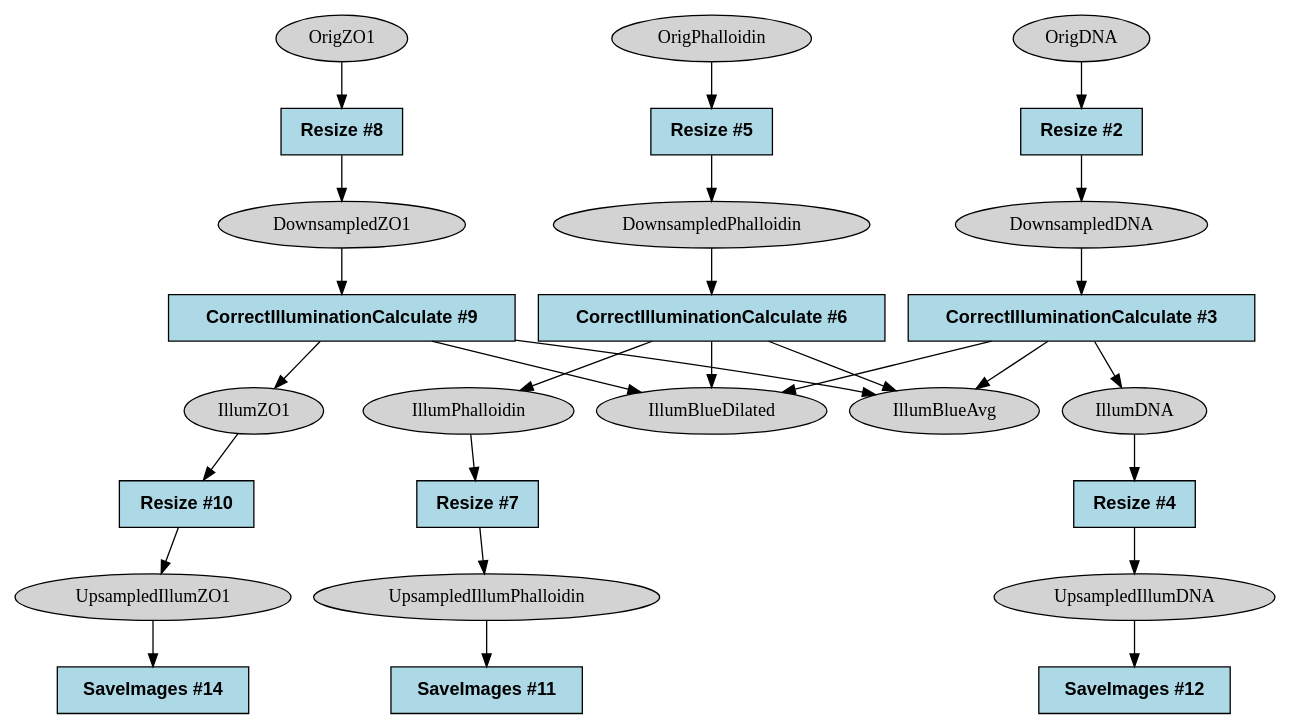
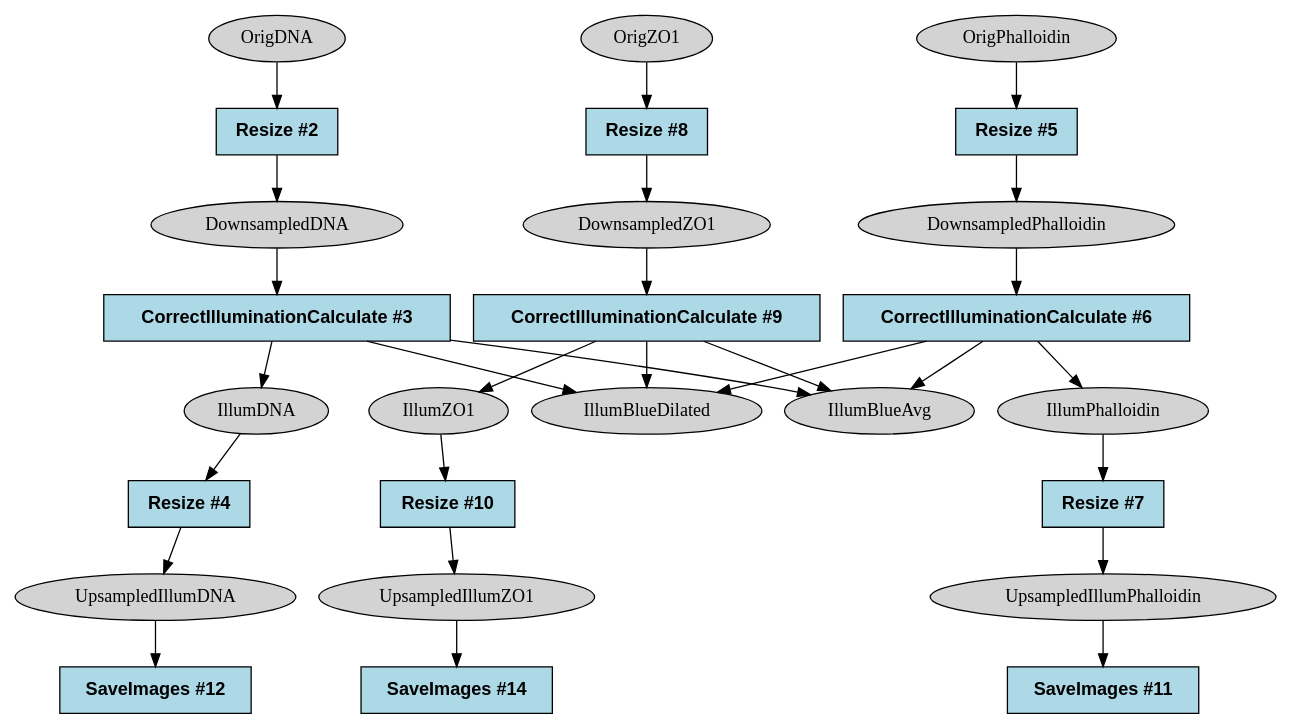
The diagram in docs/tester/assets/pcpip-pipelines/_ref_graph_format/dot/ref_1_CP_Illum.dot (broadinstitute/starrynight), drawn with Graphviz before and after one commit. The commit also changed 19 other files, not shown here.

```diff
--- a/docs/tester/assets/pcpip-pipelines/_ref_graph_format/dot/ref_1_CP_Illum.dot
+++ b/docs/tester/assets/pcpip-pipelines/_ref_graph_format/dot/ref_1_CP_Illum.dot
@@ -1,55 +1,55 @@
 strict digraph {
-CorrectIlluminationCalculate_33f5e1db [type=module, label="CorrectIlluminationCalculate #3", module_name=CorrectIlluminationCalculate, module_num=3, original_num=3, stable_id="CorrectIlluminationCalculate_33f5e1db", enabled=True, shape=box, style=filled, fillcolor=lightblue, fontname="Helvetica-Bold"];
-CorrectIlluminationCalculate_a8748183 [type=module, label="CorrectIlluminationCalculate #9", module_name=CorrectIlluminationCalculate, module_num=9, original_num=9, stable_id="CorrectIlluminationCalculate_a8748183", enabled=True, shape=box, style=filled, fillcolor=lightblue, fontname="Helvetica-Bold"];
-CorrectIlluminationCalculate_f1a1c27f [type=module, label="CorrectIlluminationCalculate #6", module_name=CorrectIlluminationCalculate, module_num=6, original_num=6, stable_id="CorrectIlluminationCalculate_f1a1c27f", enabled=True, shape=box, style=filled, fillcolor=lightblue, fontname="Helvetica-Bold"];
-Resize_6c6ce28f [type=module, label="Resize #7", module_name=Resize, module_num=7, original_num=7, stable_id="Resize_6c6ce28f", enabled=True, shape=box, style=filled, fillcolor=lightblue, fontname="Helvetica-Bold"];
-Resize_874f6024 [type=module, label="Resize #8", module_name=Resize, module_num=8, original_num=8, stable_id="Resize_874f6024", enabled=True, shape=box, style=filled, fillcolor=lightblue, fontname="Helvetica-Bold"];
-Resize_a089627e [type=module, label="Resize #10", module_name=Resize, module_num=10, original_num=10, stable_id="Resize_a089627e", enabled=True, shape=box, style=filled, fillcolor=lightblue, fontname="Helvetica-Bold"];
-Resize_a1ed711d [type=module, label="Resize #2", module_name=Resize, module_num=2, original_num=2, stable_id="Resize_a1ed711d", enabled=True, shape=box, style=filled, fillcolor=lightblue, fontname="Helvetica-Bold"];
-Resize_af03c3f7 [type=module, label="Resize #4", module_name=Resize, module_num=4, original_num=4, stable_id="Resize_af03c3f7", enabled=True, shape=box, style=filled, fillcolor=lightblue, fontname="Helvetica-Bold"];
-Resize_ce112480 [type=module, label="Resize #5", module_name=Resize, module_num=5, original_num=5, stable_id="Resize_ce112480", enabled=True, shape=box, style=filled, fillcolor=lightblue, fontname="Helvetica-Bold"];
-SaveImages_55c79daa [type=module, label="SaveImages #12", module_name=SaveImages, module_num=12, original_num=12, stable_id="SaveImages_55c79daa", enabled=True, shape=box, style=filled, fillcolor=lightblue, fontname="Helvetica-Bold"];
-SaveImages_94f2dffd [type=module, label="SaveImages #11", module_name=SaveImages, module_num=11, original_num=11, stable_id="SaveImages_94f2dffd", enabled=True, shape=box, style=filled, fillcolor=lightblue, fontname="Helvetica-Bold"];
-SaveImages_a89de7e [type=module, label="SaveImages #14", module_name=SaveImages, module_num=14, original_num=14, stable_id="SaveImages_a89de7e", enabled=True, shape=box, style=filled, fillcolor=lightblue, fontname="Helvetica-Bold"];
+CorrectIlluminationCalculate_88838d5b [type=module, label="CorrectIlluminationCalculate #6", module_name=CorrectIlluminationCalculate, module_num=6, original_num=6, stable_id="CorrectIlluminationCalculate_88838d5b", enabled=True, shape=box, style=filled, fillcolor=lightblue, fontname="Helvetica-Bold"];
+CorrectIlluminationCalculate_bb68bc41 [type=module, label="CorrectIlluminationCalculate #3", module_name=CorrectIlluminationCalculate, module_num=3, original_num=3, stable_id="CorrectIlluminationCalculate_bb68bc41", enabled=True, shape=box, style=filled, fillcolor=lightblue, fontname="Helvetica-Bold"];
+CorrectIlluminationCalculate_c8dcf122 [type=module, label="CorrectIlluminationCalculate #9", module_name=CorrectIlluminationCalculate, module_num=9, original_num=9, stable_id="CorrectIlluminationCalculate_c8dcf122", enabled=True, shape=box, style=filled, fillcolor=lightblue, fontname="Helvetica-Bold"];
+Resize_5967d69a [type=module, label="Resize #8", module_name=Resize, module_num=8, original_num=8, stable_id="Resize_5967d69a", enabled=True, shape=box, style=filled, fillcolor=lightblue, fontname="Helvetica-Bold"];
+Resize_63f60b8c [type=module, label="Resize #5", module_name=Resize, module_num=5, original_num=5, stable_id="Resize_63f60b8c", enabled=True, shape=box, style=filled, fillcolor=lightblue, fontname="Helvetica-Bold"];
+Resize_742079f1 [type=module, label="Resize #4", module_name=Resize, module_num=4, original_num=4, stable_id="Resize_742079f1", enabled=True, shape=box, style=filled, fillcolor=lightblue, fontname="Helvetica-Bold"];
+Resize_b51e1bdc [type=module, label="Resize #2", module_name=Resize, module_num=2, original_num=2, stable_id="Resize_b51e1bdc", enabled=True, shape=box, style=filled, fillcolor=lightblue, fontname="Helvetica-Bold"];
+Resize_fa523f68 [type=module, label="Resize #7", module_name=Resize, module_num=7, original_num=7, stable_id="Resize_fa523f68", enabled=True, shape=box, style=filled, fillcolor=lightblue, fontname="Helvetica-Bold"];
+Resize_ffe705f1 [type=module, label="Resize #10", module_name=Resize, module_num=10, original_num=10, stable_id="Resize_ffe705f1", enabled=True, shape=box, style=filled, fillcolor=lightblue, fontname="Helvetica-Bold"];
+SaveImages_3682dd98 [type=module, label="SaveImages #11", module_name=SaveImages, module_num=11, original_num=11, stable_id="SaveImages_3682dd98", enabled=True, shape=box, style=filled, fillcolor=lightblue, fontname="Helvetica-Bold"];
+SaveImages_69d416ce [type=module, label="SaveImages #14", module_name=SaveImages, module_num=14, original_num=14, stable_id="SaveImages_69d416ce", enabled=True, shape=box, style=filled, fillcolor=lightblue, fontname="Helvetica-Bold"];
+SaveImages_b2111a8 [type=module, label="SaveImages #12", module_name=SaveImages, module_num=12, original_num=12, stable_id="SaveImages_b2111a8", enabled=True, shape=box, style=filled, fillcolor=lightblue, fontname="Helvetica-Bold"];
 image__DownsampledDNA [type=image, label=DownsampledDNA, shape=ellipse, style=filled, fillcolor=lightgray];
 image__DownsampledPhalloidin [type=image, label=DownsampledPhalloidin, shape=ellipse, style=filled, fillcolor=lightgray];
 image__DownsampledZO1 [type=image, label=DownsampledZO1, shape=ellipse, style=filled, fillcolor=lightgray];
 image__IllumBlueAvg [type=image, label=IllumBlueAvg, shape=ellipse, style=filled, fillcolor=lightgray];
 image__IllumBlueDilated [type=image, label=IllumBlueDilated, shape=ellipse, style=filled, fillcolor=lightgray];
 image__IllumDNA [type=image, label=IllumDNA, shape=ellipse, style=filled, fillcolor=lightgray];
 image__IllumPhalloidin [type=image, label=IllumPhalloidin, shape=ellipse, style=filled, fillcolor=lightgray];
 image__IllumZO1 [type=image, label=IllumZO1, shape=ellipse, style=filled, fillcolor=lightgray];
 image__OrigDNA [type=image, label=OrigDNA, shape=ellipse, style=filled, fillcolor=lightgray];
 image__OrigPhalloidin [type=image, label=OrigPhalloidin, shape=ellipse, style=filled, fillcolor=lightgray];
 image__OrigZO1 [type=image, label=OrigZO1, shape=ellipse, style=filled, fillcolor=lightgray];
 image__UpsampledIllumDNA [type=image, label=UpsampledIllumDNA, shape=ellipse, style=filled, fillcolor=lightgray];
 image__UpsampledIllumPhalloidin [type=image, label=UpsampledIllumPhalloidin, shape=ellipse, style=filled, fillcolor=lightgray];
 image__UpsampledIllumZO1 [type=image, label=UpsampledIllumZO1, shape=ellipse, style=filled, fillcolor=lightgray];
-CorrectIlluminationCalculate_33f5e1db -> image__IllumBlueAvg [type="image_output"];
-CorrectIlluminationCalculate_33f5e1db -> image__IllumBlueDilated [type="image_output"];
-CorrectIlluminationCalculate_33f5e1db -> image__IllumDNA [type="image_output"];
-CorrectIlluminationCalculate_a8748183 -> image__IllumBlueAvg [type="image_output"];
-CorrectIlluminationCalculate_a8748183 -> image__IllumBlueDilated [type="image_output"];
-CorrectIlluminationCalculate_a8748183 -> image__IllumZO1 [type="image_output"];
-CorrectIlluminationCalculate_f1a1c27f -> image__IllumBlueAvg [type="image_output"];
-CorrectIlluminationCalculate_f1a1c27f -> image__IllumBlueDilated [type="image_output"];
-CorrectIlluminationCalculate_f1a1c27f -> image__IllumPhalloidin [type="image_output"];
-Resize_6c6ce28f -> image__UpsampledIllumPhalloidin [type="image_output"];
-Resize_874f6024 -> image__DownsampledZO1 [type="image_output"];
-Resize_a089627e -> image__UpsampledIllumZO1 [type="image_output"];
-Resize_a1ed711d -> image__DownsampledDNA [type="image_output"];
-Resize_af03c3f7 -> image__UpsampledIllumDNA [type="image_output"];
-Resize_ce112480 -> image__DownsampledPhalloidin [type="image_output"];
-image__DownsampledDNA -> CorrectIlluminationCalculate_33f5e1db [type="image_input"];
-image__DownsampledPhalloidin -> CorrectIlluminationCalculate_f1a1c27f [type="image_input"];
-image__DownsampledZO1 -> CorrectIlluminationCalculate_a8748183 [type="image_input"];
-image__IllumDNA -> Resize_af03c3f7 [type="image_input"];
-image__IllumPhalloidin -> Resize_6c6ce28f [type="image_input"];
-image__IllumZO1 -> Resize_a089627e [type="image_input"];
-image__OrigDNA -> Resize_a1ed711d [type="image_input"];
-image__OrigPhalloidin -> Resize_ce112480 [type="image_input"];
-image__OrigZO1 -> Resize_874f6024 [type="image_input"];
-image__UpsampledIllumDNA -> SaveImages_55c79daa [type="image_input"];
-image__UpsampledIllumPhalloidin -> SaveImages_94f2dffd [type="image_input"];
-image__UpsampledIllumZO1 -> SaveImages_a89de7e [type="image_input"];
+CorrectIlluminationCalculate_88838d5b -> image__IllumBlueAvg [type="image_output"];
+CorrectIlluminationCalculate_88838d5b -> image__IllumBlueDilated [type="image_output"];
+CorrectIlluminationCalculate_88838d5b -> image__IllumPhalloidin [type="image_output"];
+CorrectIlluminationCalculate_bb68bc41 -> image__IllumBlueAvg [type="image_output"];
+CorrectIlluminationCalculate_bb68bc41 -> image__IllumBlueDilated [type="image_output"];
+CorrectIlluminationCalculate_bb68bc41 -> image__IllumDNA [type="image_output"];
+CorrectIlluminationCalculate_c8dcf122 -> image__IllumBlueAvg [type="image_output"];
+CorrectIlluminationCalculate_c8dcf122 -> image__IllumBlueDilated [type="image_output"];
+CorrectIlluminationCalculate_c8dcf122 -> image__IllumZO1 [type="image_output"];
+Resize_5967d69a -> image__DownsampledZO1 [type="image_output"];
+Resize_63f60b8c -> image__DownsampledPhalloidin [type="image_output"];
+Resize_742079f1 -> image__UpsampledIllumDNA [type="image_output"];
+Resize_b51e1bdc -> image__DownsampledDNA [type="image_output"];
+Resize_fa523f68 -> image__UpsampledIllumPhalloidin [type="image_output"];
+Resize_ffe705f1 -> image__UpsampledIllumZO1 [type="image_output"];
+image__DownsampledDNA -> CorrectIlluminationCalculate_bb68bc41 [type="image_input"];
+image__DownsampledPhalloidin -> CorrectIlluminationCalculate_88838d5b [type="image_input"];
+image__DownsampledZO1 -> CorrectIlluminationCalculate_c8dcf122 [type="image_input"];
+image__IllumDNA -> Resize_742079f1 [type="image_input"];
+image__IllumPhalloidin -> Resize_fa523f68 [type="image_input"];
+image__IllumZO1 -> Resize_ffe705f1 [type="image_input"];
+image__OrigDNA -> Resize_b51e1bdc [type="image_input"];
+image__OrigPhalloidin -> Resize_63f60b8c [type="image_input"];
+image__OrigZO1 -> Resize_5967d69a [type="image_input"];
+image__UpsampledIllumDNA -> SaveImages_b2111a8 [type="image_input"];
+image__UpsampledIllumPhalloidin -> SaveImages_3682dd98 [type="image_input"];
+image__UpsampledIllumZO1 -> SaveImages_69d416ce [type="image_input"];
 }
```
